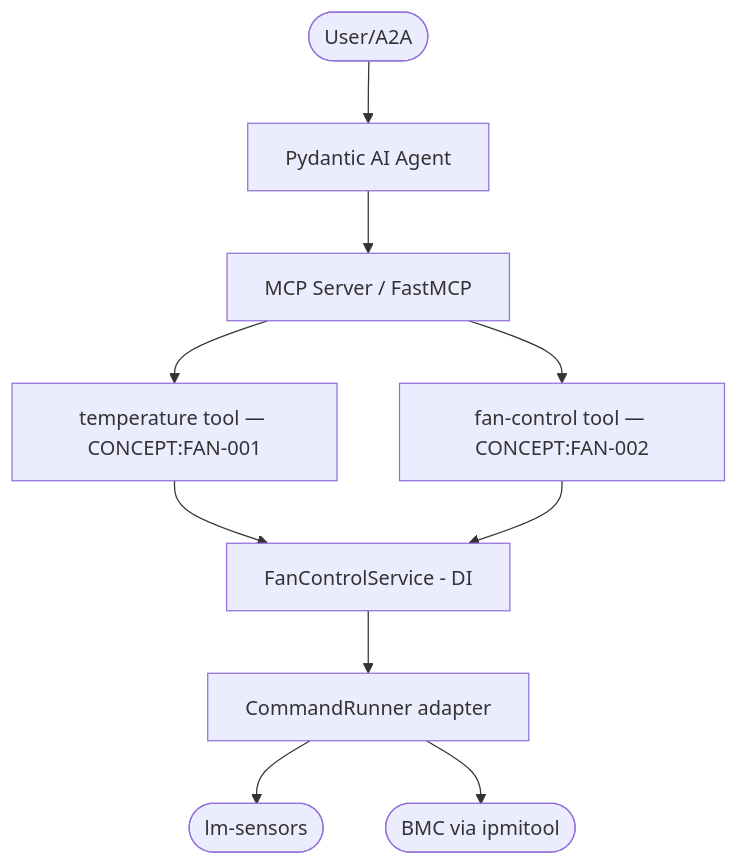
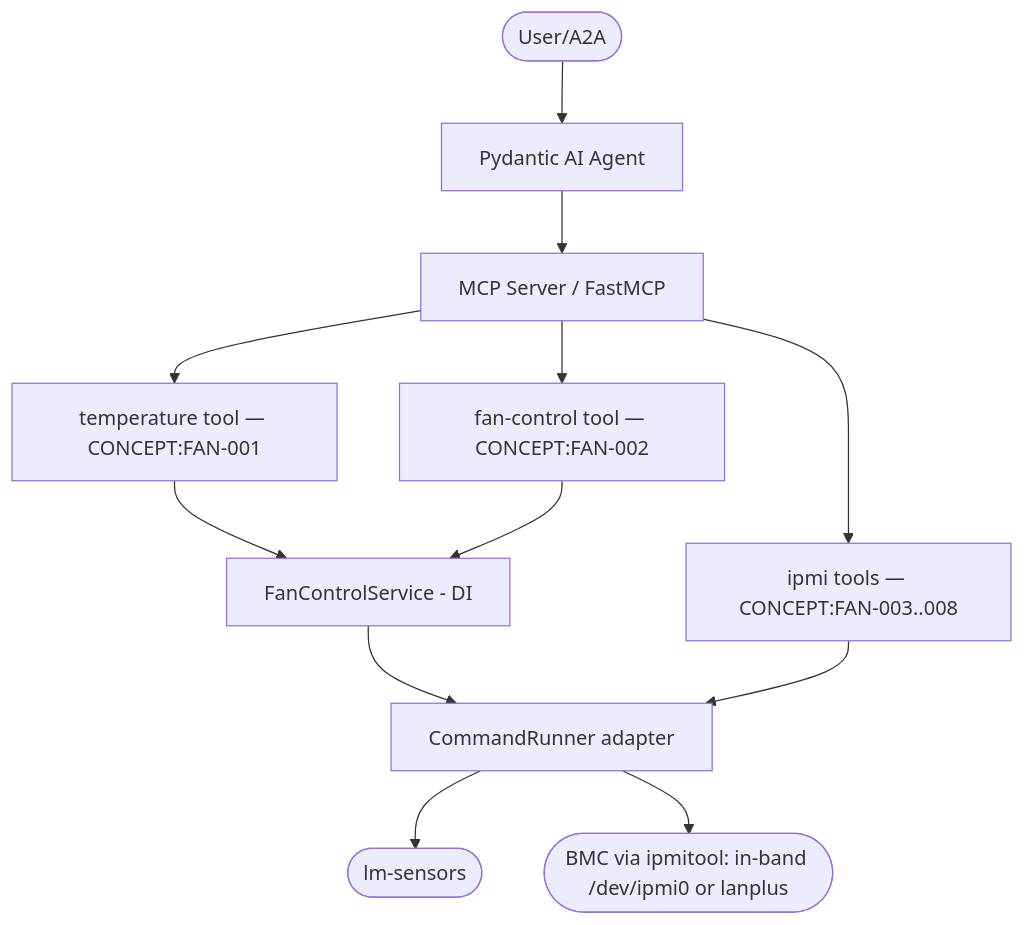
Before and after one commit to Knuckles-Team/fan-manager: the diagram in AGENTS.md, drawn with Mermaid. The commit also changed other lines of this file and 14 other files, not shown here.

First line of the commit message:
feat(ipmi): full IPMI/BMC MCP wrapper (CONCEPT:FAN-003..008)

````diff
--- a/AGENTS.md
+++ b/AGENTS.md
@@ -32,12 +36,14 @@
 ```mermaid
 graph TD
     User([User/A2A]) --> Agent[Pydantic AI Agent]
     Agent --> MCP[MCP Server / FastMCP]
     MCP --> Temp[temperature tool — CONCEPT:FAN-001]
     MCP --> Fan[fan-control tool — CONCEPT:FAN-002]
+    MCP --> Ipmi[ipmi tools — CONCEPT:FAN-003..008]
     Temp --> Service[FanControlService - DI]
     Fan --> Service
     Service --> Runner[CommandRunner adapter]
+    Ipmi --> Runner
     Runner --> Sensors([lm-sensors])
-    Runner --> IPMI([BMC via ipmitool])
+    Runner --> IPMI([BMC via ipmitool: in-band /dev/ipmi0 or lanplus])
 ```
````
